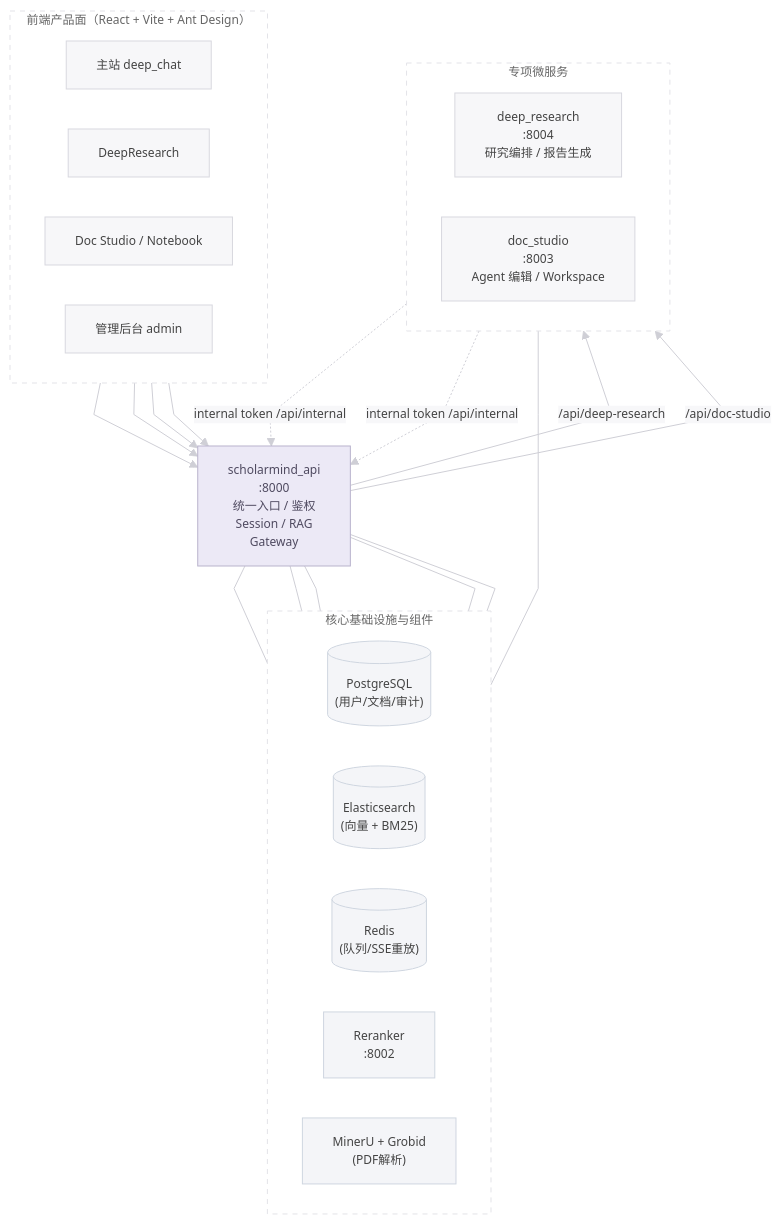
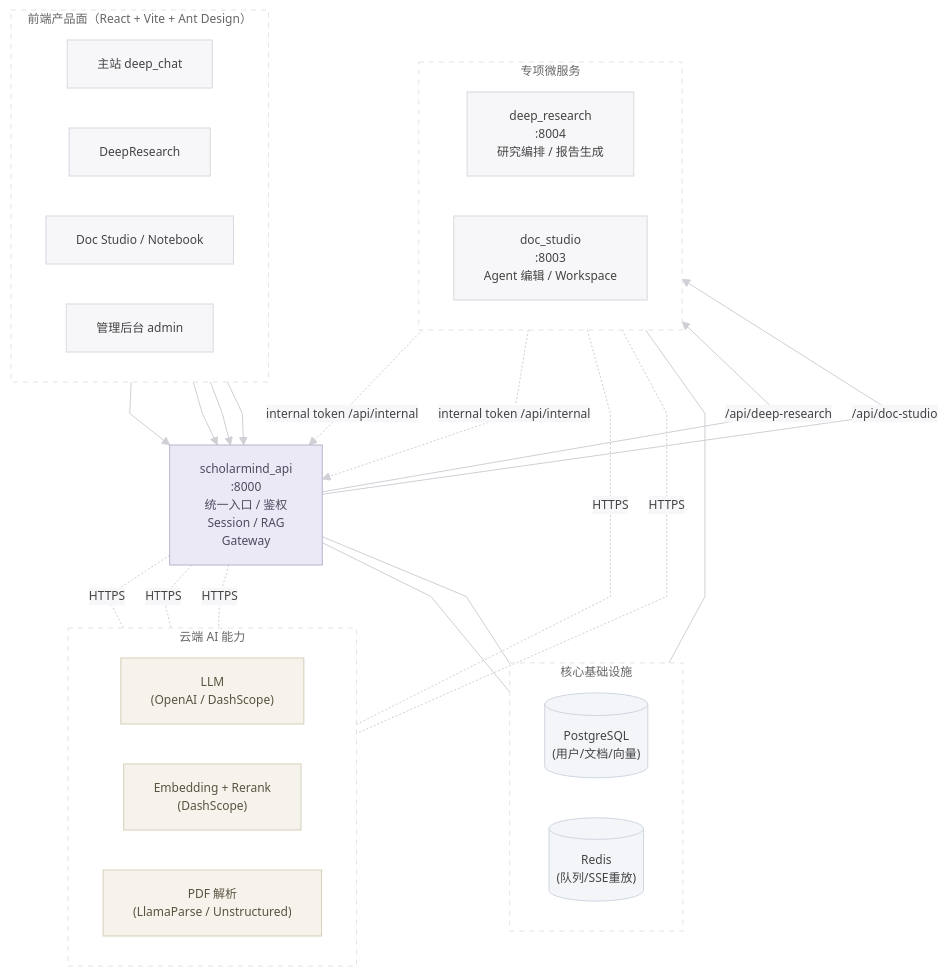
Before and after one commit to wanghong5233/ScholarMind: the first of 3 diagrams in README.md, drawn with Mermaid. The commit also changed other lines of this file and 32 other files, not shown here.

````diff
--- a/README.md
+++ b/README.md
@@ -85,13 +85,17 @@
         DS["doc_studio<br/>:8003<br/>Agent 编辑 / Workspace"]
     end
 
-    subgraph Infra["核心基础设施与组件"]
+    subgraph Infra["核心基础设施"]
         direction LR
-        PG[("PostgreSQL<br/>(用户/文档/审计)")]
-        ES[("Elasticsearch<br/>(向量 + BM25)")]
+        PG[("PostgreSQL<br/>(用户/文档/向量)")]
         Redis[("Redis<br/>(队列/SSE重放)")]
-        Rerank["Reranker<br/>:8002"]
-        Parse["MinerU + Grobid<br/>(PDF解析)"]
+    end
+
+    subgraph Cloud["云端 AI 能力"]
+        direction LR
+        LLM["LLM<br/>(OpenAI / DashScope)"]
+        EmbRerank["Embedding + Rerank<br/>(DashScope)"]
+        Parse["PDF 解析<br/>(LlamaParse / Unstructured)"]
     end
 
     UI_Chat --> API
@@ -106,23 +110,28 @@
     DS -. "internal token /api/internal" .-> API
 
     API --- PG
-    API --- ES
     API --- Redis
-    API --- Rerank
-    API --- Parse
+    API -. HTTPS .- LLM
+    API -. HTTPS .- EmbRerank
+    API -. HTTPS .- Parse
 
     DR --- Redis
+    DR -. HTTPS .- LLM
+    DS -. HTTPS .- LLM
 
     classDef gateway fill:#ece9f6,stroke:#b9b3cc,stroke-width:1px,color:#4f4a60;
     classDef node fill:#f7f7f9,stroke:#d8d8df,stroke-width:1px,color:#444444;
     classDef infra fill:#f4f5f8,stroke:#cfd6e0,stroke-width:1px,color:#444444;
+    classDef cloud fill:#f5f3ec,stroke:#d6cfb9,stroke-width:1px,color:#5a5340;
     
     class API gateway;
     class UI_Chat,UI_DR,UI_Doc,UI_Admin,DR,DS node;
-    class PG,ES,Redis,Rerank,Parse infra;
+    class PG,Redis infra;
+    class LLM,EmbRerank,Parse cloud;
     
     style Frontend fill:transparent,stroke:#e3e3e8,stroke-width:1px,color:#666666,stroke-dasharray: 5 5;
     style Services fill:transparent,stroke:#e3e3e8,stroke-width:1px,color:#666666,stroke-dasharray: 5 5;
     style Infra fill:transparent,stroke:#e3e3e8,stroke-width:1px,color:#666666,stroke-dasharray: 5 5;
+    style Cloud fill:transparent,stroke:#e3e3e8,stroke-width:1px,color:#666666,stroke-dasharray: 5 5;
     linkStyle default stroke:#cfcfd6,stroke-width:1px,fill:none;
 ```
````
